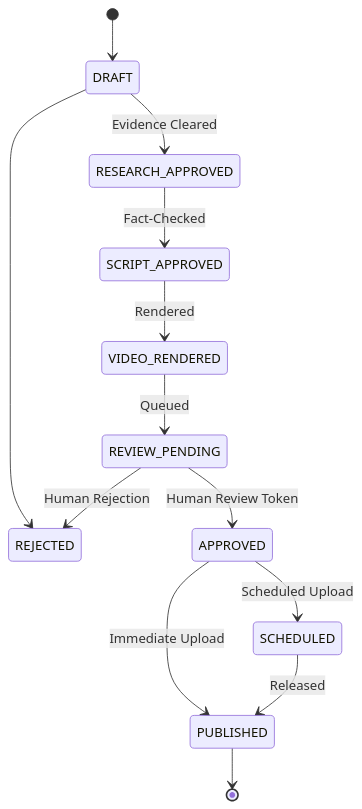
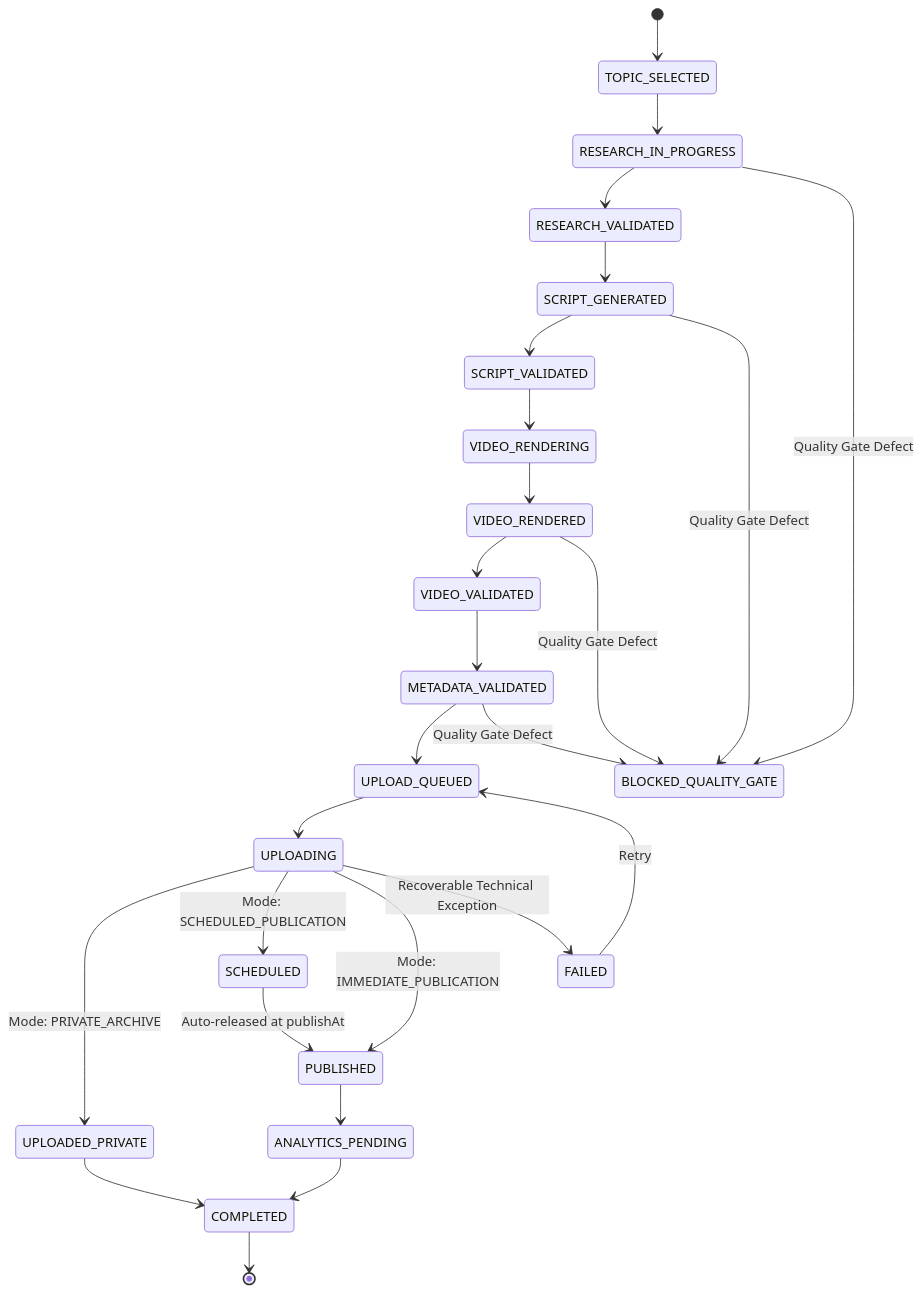
One commit to Ajaymalik-07/youtube-automation-history changed the first of 2 diagrams in docs/IMPLEMENTATION_PLAN.md. Above: the diagram before and after it, drawn with Mermaid. The commit also changed other lines of this file and 14 other files, not shown here.

````diff
--- a/docs/IMPLEMENTATION_PLAN.md
+++ b/docs/IMPLEMENTATION_PLAN.md
@@ -44,15 +45,29 @@
 ```mermaid
 stateDiagram-v2
-    [*] --> DRAFT
-    DRAFT --> RESEARCH_APPROVED : Evidence Cleared
-    DRAFT --> REJECTED
-    RESEARCH_APPROVED --> SCRIPT_APPROVED : Fact-Checked
-    SCRIPT_APPROVED --> VIDEO_RENDERED : Rendered
-    VIDEO_RENDERED --> REVIEW_PENDING : Queued
-    REVIEW_PENDING --> APPROVED : Human Review Token
-    REVIEW_PENDING --> REJECTED : Human Rejection
-    APPROVED --> SCHEDULED : Scheduled Upload
-    APPROVED --> PUBLISHED : Immediate Upload
-    SCHEDULED --> PUBLISHED : Released
-    PUBLISHED --> [*]
+    [*] --> TOPIC_SELECTED
+    TOPIC_SELECTED --> RESEARCH_IN_PROGRESS
+    RESEARCH_IN_PROGRESS --> RESEARCH_VALIDATED
+    RESEARCH_VALIDATED --> SCRIPT_GENERATED
+    SCRIPT_GENERATED --> SCRIPT_VALIDATED
+    SCRIPT_VALIDATED --> VIDEO_RENDERING
+    VIDEO_RENDERING --> VIDEO_RENDERED
+    VIDEO_RENDERED --> VIDEO_VALIDATED
+    VIDEO_VALIDATED --> METADATA_VALIDATED
+    METADATA_VALIDATED --> UPLOAD_QUEUED
+    UPLOAD_QUEUED --> UPLOADING
+    UPLOADING --> UPLOADED_PRIVATE : Mode: PRIVATE_ARCHIVE
+    UPLOADING --> SCHEDULED : Mode: SCHEDULED_PUBLICATION
+    UPLOADING --> PUBLISHED : Mode: IMMEDIATE_PUBLICATION
+    UPLOADED_PRIVATE --> COMPLETED
+    SCHEDULED --> PUBLISHED : Auto-released at publishAt
+    PUBLISHED --> ANALYTICS_PENDING
+    ANALYTICS_PENDING --> COMPLETED
+    COMPLETED --> [*]
+
+    RESEARCH_IN_PROGRESS --> BLOCKED_QUALITY_GATE : Quality Gate Defect
+    SCRIPT_GENERATED --> BLOCKED_QUALITY_GATE : Quality Gate Defect
+    VIDEO_RENDERED --> BLOCKED_QUALITY_GATE : Quality Gate Defect
+    METADATA_VALIDATED --> BLOCKED_QUALITY_GATE : Quality Gate Defect
+    UPLOADING --> FAILED : Recoverable Technical Exception
+    FAILED --> UPLOAD_QUEUED : Retry
 ```
````
